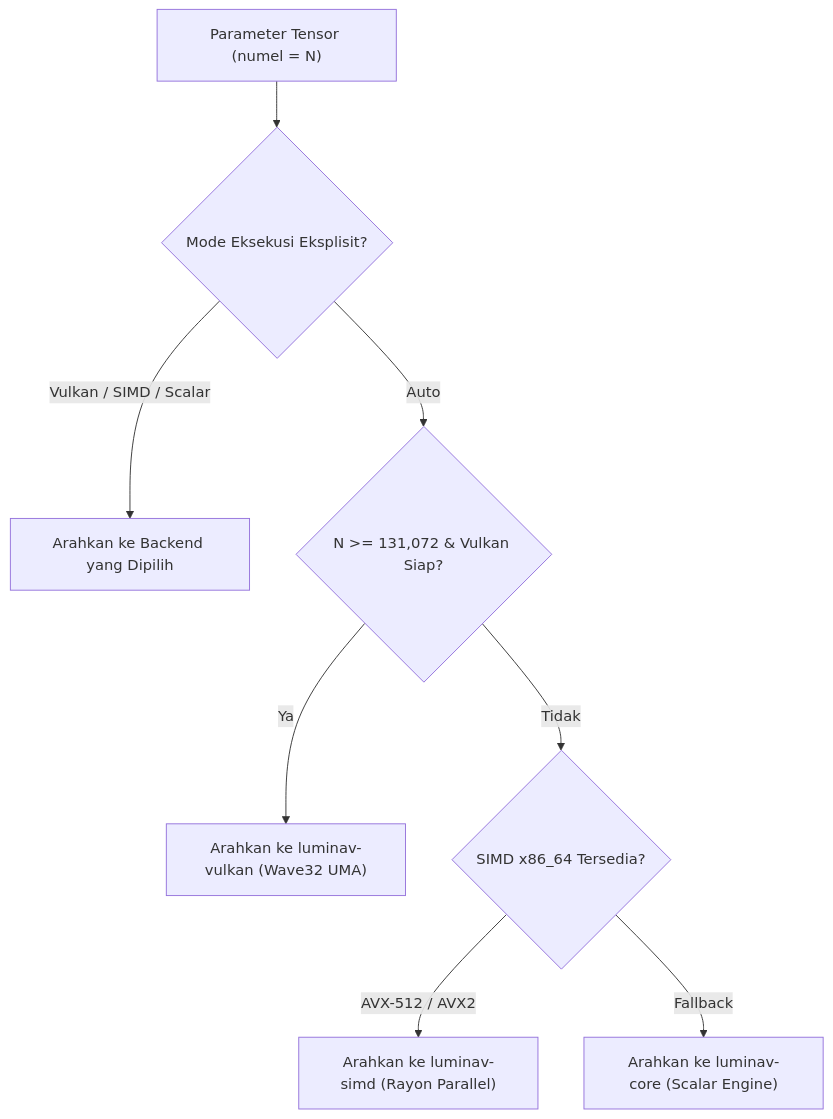
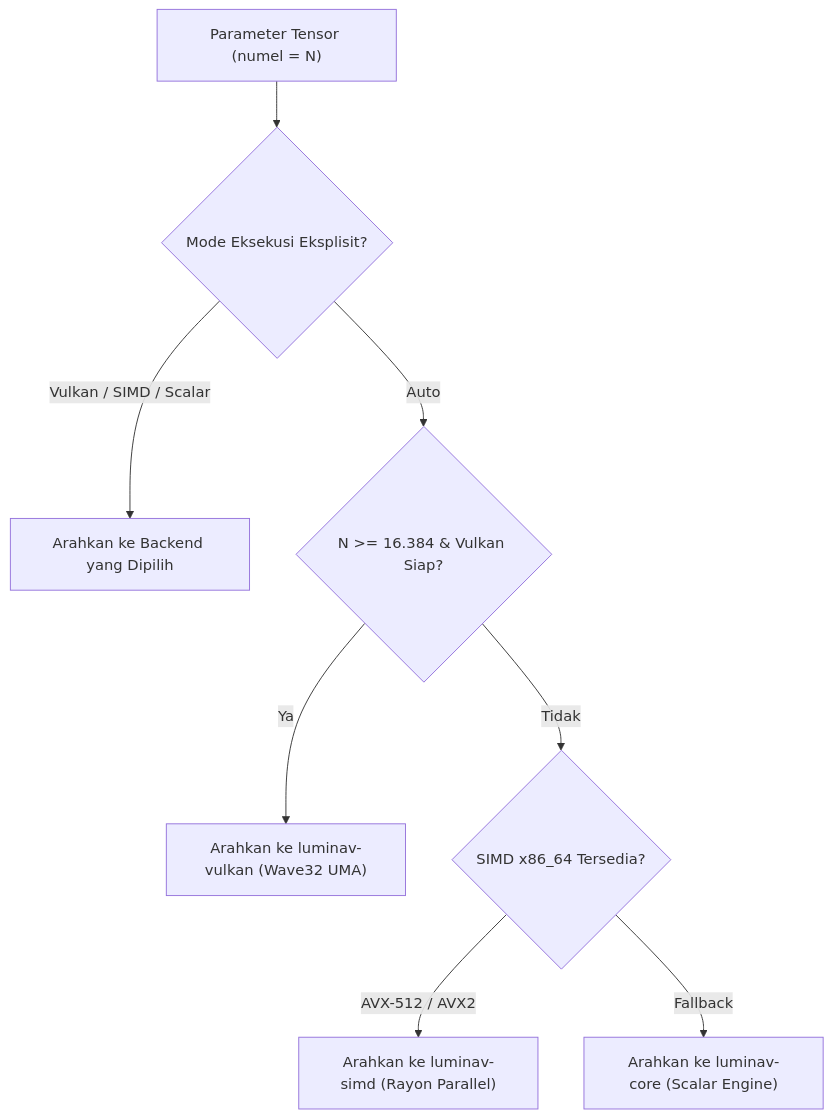
The second of 2 diagrams in docs/optimize/dispatch/README.id.md (cloverx-id/luminamoon), drawn with Mermaid before and after one commit. The commit also changed other lines of this file and 41 other files, not shown here.

Commit message:
docs: update monorepo architecture and bilingual guides

````diff
--- a/docs/optimize/dispatch/README.id.md
+++ b/docs/optimize/dispatch/README.id.md
@@ -33,13 +33,13 @@
 ```mermaid
-graph TD
+flowchart TD
     Input["Parameter Tensor (numel = N)"] --> CheckExplicit{"Mode Eksekusi Eksplisit?"}
     
     CheckExplicit -->|"Vulkan / SIMD / Scalar"| ExecSelected["Arahkan ke Backend yang Dipilih"]
-    CheckExplicit -->|"Auto"| CheckGPU{"N >= 131,072 & Vulkan Siap?"}
+    CheckExplicit -->|"Auto"| CheckGPU{"N >= 16.384 & Vulkan Siap?"}
 
     CheckGPU -->|"Ya"| DispatchVK["Arahkan ke luminav-vulkan (Wave32 UMA)"]
     CheckGPU -->|"Tidak"| CheckSIMD{"SIMD x86_64 Tersedia?"}
 
     CheckSIMD -->|"AVX-512 / AVX2"| DispatchSIMD["Arahkan ke luminav-simd (Rayon Parallel)"]
     CheckSIMD -->|"Fallback"| DispatchScalar["Arahkan ke luminav-core (Scalar Engine)"]
 ```
````
